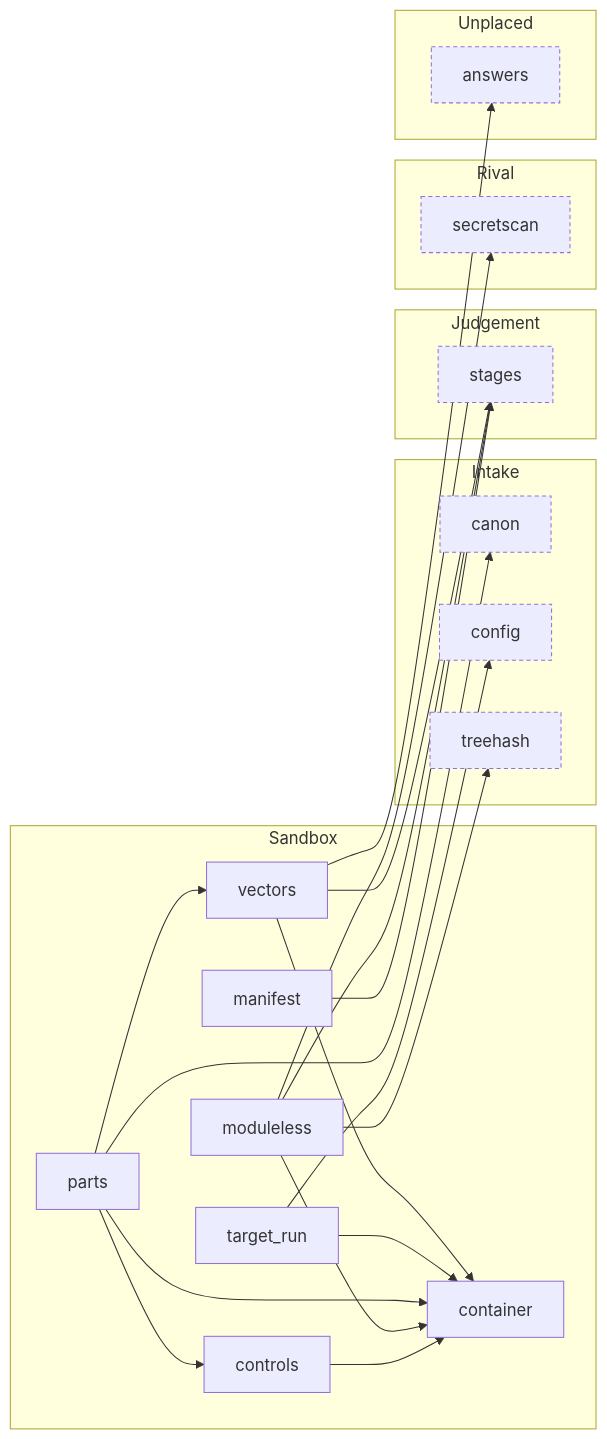
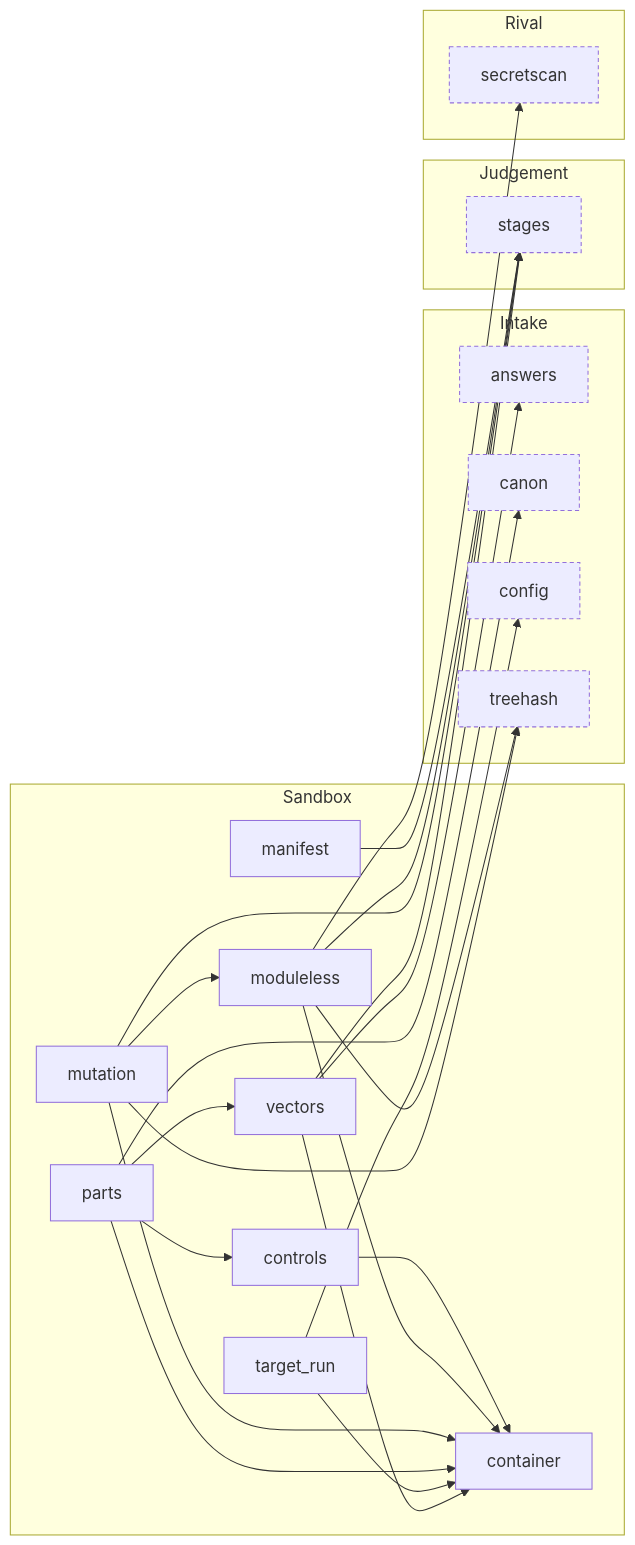
Before and after one commit to Okan-wqm/snowball-mcp: the fifth of 8 diagrams in docs/harita.md, drawn with Mermaid. The commit also changed other lines of this file and 17 other files, not shown here.

````diff
--- a/docs/harita.md
+++ b/docs/harita.md
@@ -243,42 +263,45 @@
 ```mermaid
 flowchart LR
   subgraph a_Sandbox["Sandbox"]
     m_container["container"]
     m_controls["controls"]
     m_manifest["manifest"]
     m_moduleless["moduleless"]
+    m_mutation["mutation"]
     m_parts["parts"]
     m_target_run["target_run"]
     m_vectors["vectors"]
   end
   subgraph a_Intake["Intake"]
+    m_answers["answers"]:::outside
     m_canon["canon"]:::outside
     m_config["config"]:::outside
     m_treehash["treehash"]:::outside
   end
   subgraph a_Judgement["Judgement"]
     m_stages["stages"]:::outside
   end
   subgraph a_Rival["Rival"]
     m_secretscan["secretscan"]:::outside
   end
-  subgraph a_Unplaced["Unplaced"]
-    m_answers["answers"]:::outside
-  end
   m_controls --> m_container
   m_manifest --> m_stages
   m_moduleless --> m_container
   m_moduleless --> m_secretscan
   m_moduleless --> m_stages
   m_moduleless --> m_treehash
+  m_mutation --> m_container
+  m_mutation --> m_moduleless
+  m_mutation --> m_stages
+  m_mutation --> m_treehash
   m_parts --> m_canon
   m_parts --> m_container
   m_parts --> m_controls
   m_parts --> m_vectors
   m_target_run --> m_config
   m_target_run --> m_container
   m_vectors --> m_answers
   m_vectors --> m_container
   m_vectors --> m_stages
   classDef outside stroke-dasharray: 4 3
 ```
````
